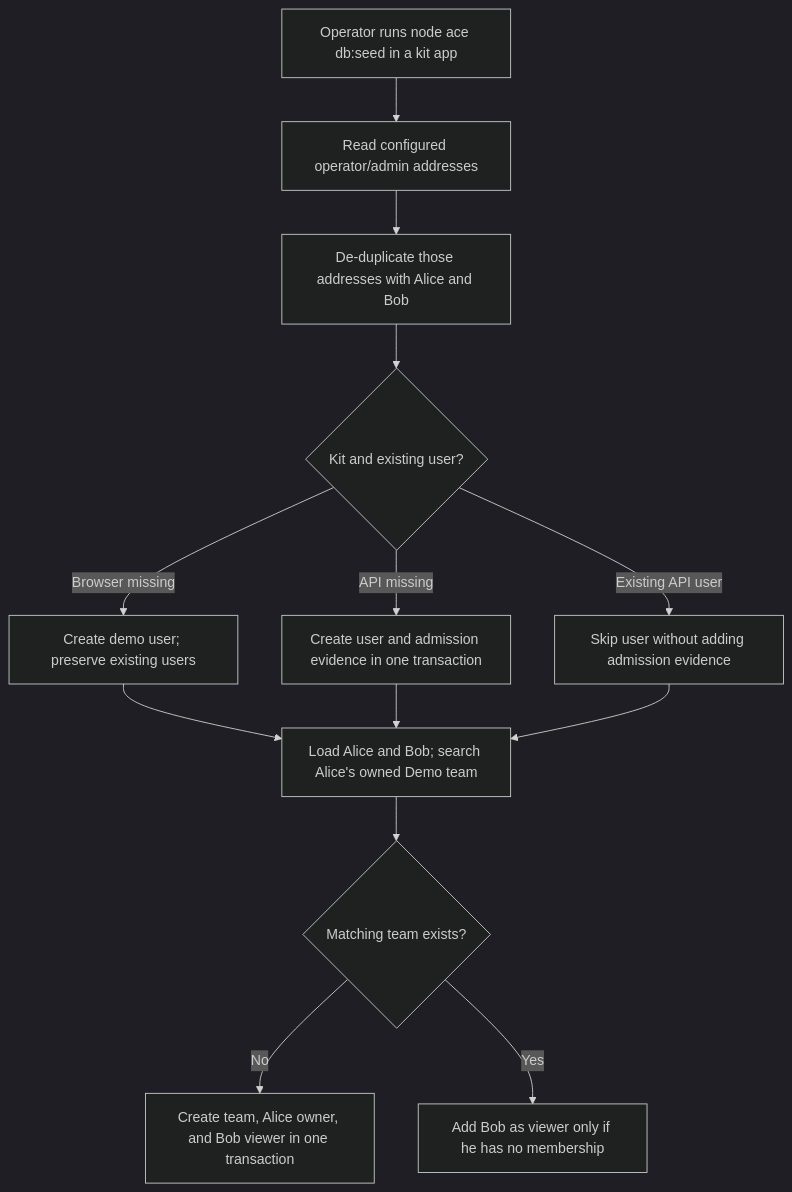
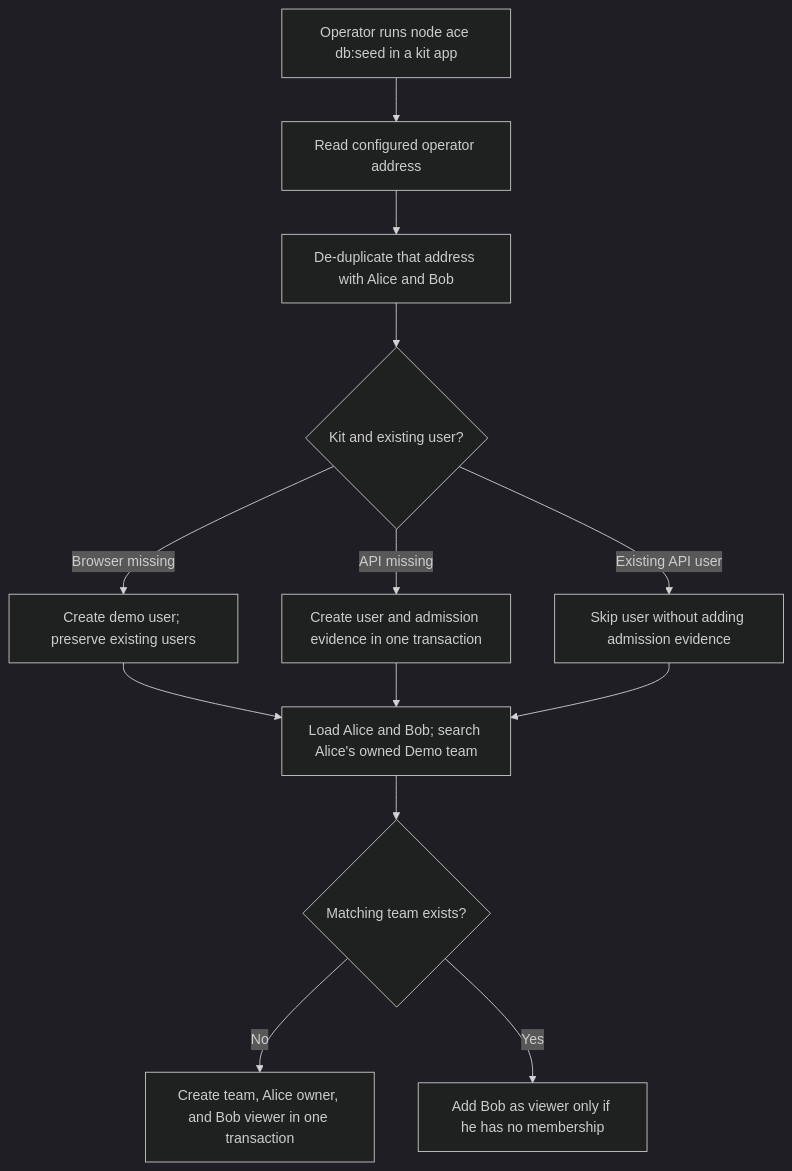
One commit to Kevinjohn/oss-adonisjs-starter-examples changed the first of 2 diagrams in user-stories/demo/us-demo-01-seed-demo-data.md. Above: the diagram before and after it, drawn with Mermaid (dark theme). The commit also changed other lines of this file and 107 other files, not shown here.

````diff
--- a/user-stories/demo/us-demo-01-seed-demo-data.md
+++ b/user-stories/demo/us-demo-01-seed-demo-data.md
@@ -22,15 +22,15 @@
 ```mermaid
 flowchart TD
-    A["Operator runs node ace db:seed in a kit app"] --> B["Read configured operator/admin addresses"]
-    B --> C["De-duplicate those addresses with Alice and Bob"]
+    A["Operator runs node ace db:seed in a kit app"] --> B["Read configured operator address"]
+    B --> C["De-duplicate that address with Alice and Bob"]
     C --> D{"Kit and existing user?"}
     D -->|Browser missing| E["Create demo user; preserve existing users"]
     D -->|API missing| F["Create user and admission evidence in one transaction"]
     D -->|Existing API user| G["Skip user without adding admission evidence"]
     E --> H["Load Alice and Bob; search Alice's owned Demo team"]
     F --> H
     G --> H
     H --> I{"Matching team exists?"}
     I -->|No| J["Create team, Alice owner, and Bob viewer in one transaction"]
     I -->|Yes| K["Add Bob as viewer only if he has no membership"]
 ```
````
